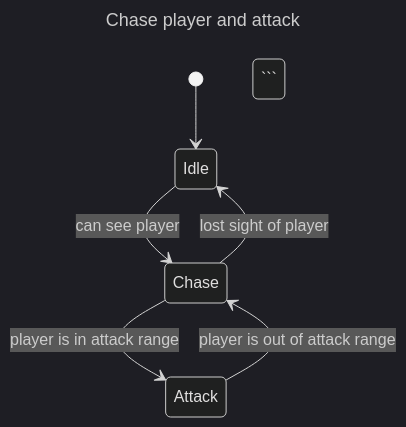
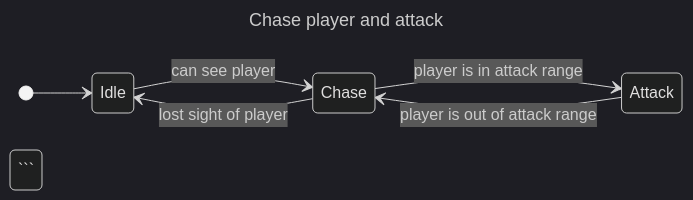
One commit to mugenmelon/mugenmelon.github.io changed the diagram in _posts/1970-01-01-misunderstanding-state-machines.md. Above: the diagram before and after it, drawn with Mermaid (dark theme).

````diff
--- a/_posts/1970-01-01-misunderstanding-state-machines.md
+++ b/_posts/1970-01-01-misunderstanding-state-machines.md
@@ -32,12 +32,14 @@
 <pre class="mermaid">
 ---
 title: Chase player and attack
 ---
 stateDiagram-v2
+    direction LR
+
     [*] --> Idle
     Idle --> Chase: can see player
     Chase --> Attack: player is in attack range
     Chase --> Idle: lost sight of player
     Attack --> Chase: player is out of attack range
 ```
 </pre>
````
